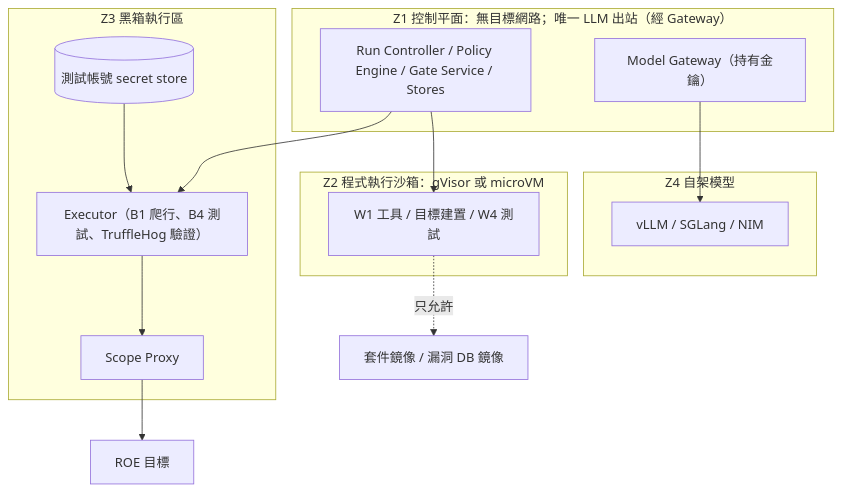
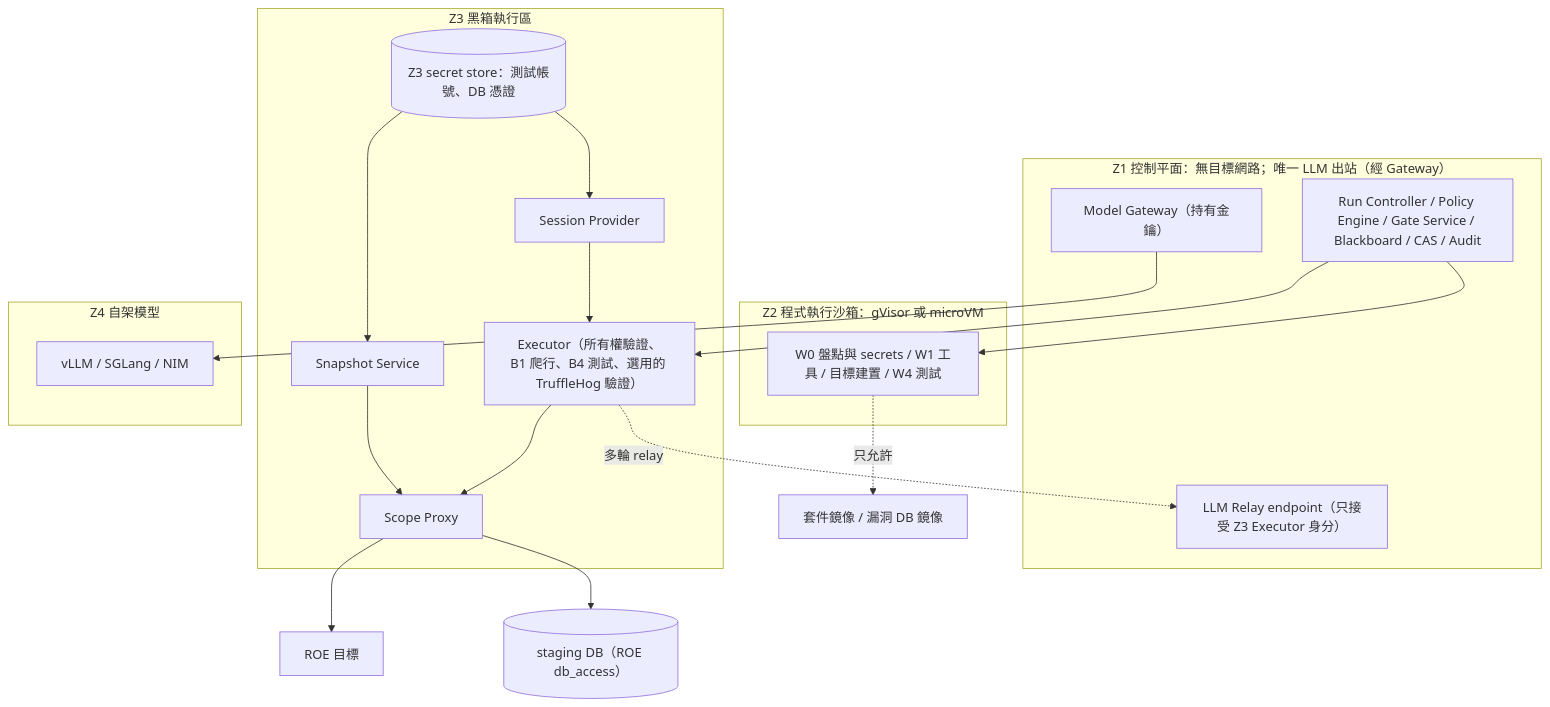
One commit to chinchiang/VibeCheckHarness changed the second of 10 diagrams in docs/03-system-architecture.md. Above: the diagram before and after it, drawn with Mermaid. The commit also changed other lines of this file and 132 other files, not shown here.

````diff
--- a/docs/03-system-architecture.md
+++ b/docs/03-system-architecture.md
@@ -48,24 +80,31 @@
 ```mermaid
 flowchart TB
   subgraph Z1["Z1 控制平面：無目標網路；唯一 LLM 出站（經 Gateway）"]
-    RC2["Run Controller / Policy Engine / Gate Service / Stores"]
+    RC2["Run Controller / Policy Engine / Gate Service / Blackboard / CAS / Audit"]
     GW2["Model Gateway（持有金鑰）"]
+    RLY2["LLM Relay endpoint（只接受 Z3 Executor 身分）"]
   end
   subgraph Z2["Z2 程式執行沙箱：gVisor 或 microVM"]
-    T1["W1 工具 / 目標建置 / W4 測試"]
+    T1["W0 盤點與 secrets / W1 工具 / 目標建置 / W4 測試"]
   end
   subgraph Z3["Z3 黑箱執行區"]
-    EX["Executor（B1 爬行、B4 測試、TruffleHog 驗證）"]
-    SS[("測試帳號 secret store")]
+    EX["Executor（所有權驗證、B1 爬行、B4 測試、選用的 TruffleHog 驗證）"]
+    SPV["Session Provider"]
+    SNAP["Snapshot Service"]
+    SS[("Z3 secret store：測試帳號、DB 憑證")]
     SP["Scope Proxy"]
   end
   subgraph Z4["Z4 自架模型"]
     M1["vLLM / SGLang / NIM"]
   end
   RC2 --> T1
   RC2 --> EX
   GW2 --> M1
   T1 -. 只允許 .-> MIR["套件鏡像 / 漏洞 DB 鏡像"]
   EX --> SP --> TGT2["ROE 目標"]
-  SS --> EX
+  SNAP --> SP
+  SP --> DB2[("staging DB（ROE db_access）")]
+  SS --> SPV --> EX
+  SS --> SNAP
+  EX -. 多輪 relay .-> RLY2
 ```
````
